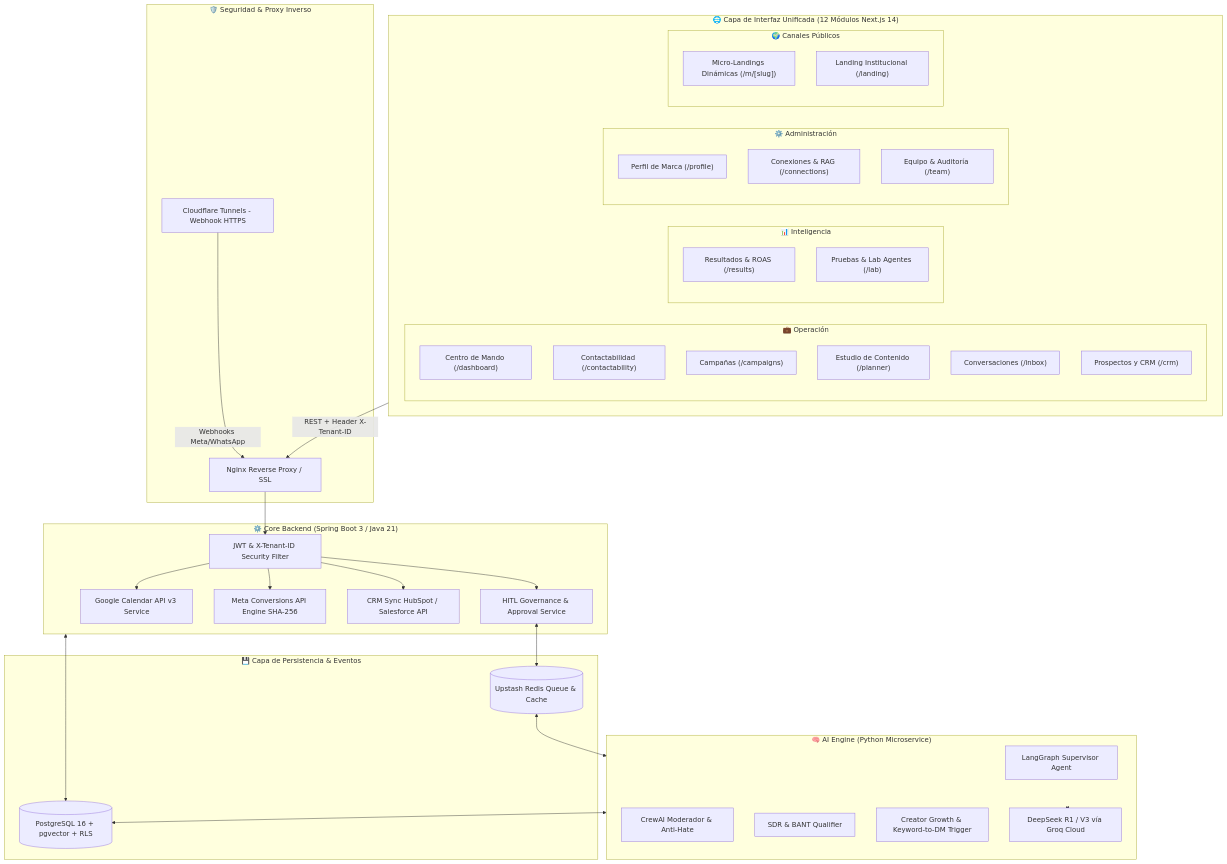
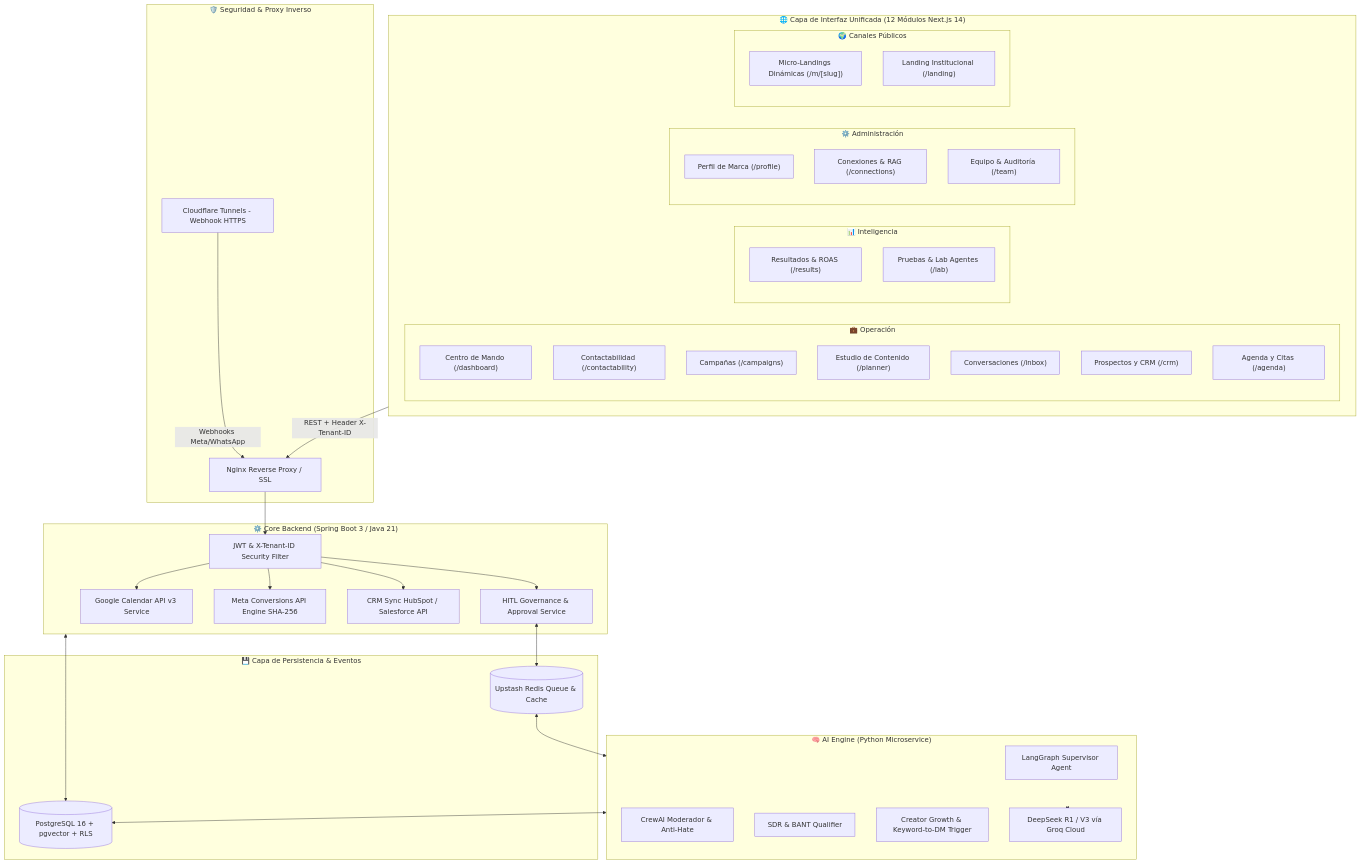
The first of 2 diagrams in docs/SDD_SYSTEM_DESIGN_DOCUMENT.md (VectorInside/Vector-Community), drawn with Mermaid before and after one commit. The commit also changed other lines of this file and 7 other files, not shown here.

````diff
--- a/docs/SDD_SYSTEM_DESIGN_DOCUMENT.md
+++ b/docs/SDD_SYSTEM_DESIGN_DOCUMENT.md
@@ -18,66 +18,67 @@
 ```mermaid
 graph TD
     subgraph ClientTier["🌐 Capa de Interfaz Unificada (12 Módulos Next.js 14)"]
         subgraph Ops["💼 Operación"]
             UI_CMD["Centro de Mando (/dashboard)"]
             UI_CONT["Contactabilidad (/contactability)"]
             UI_CAMP["Campañas (/campaigns)"]
             UI_PLAN["Estudio de Contenido (/planner)"]
             UI_INBOX["Conversaciones (/inbox)"]
             UI_CRM["Prospectos y CRM (/crm)"]
+            UI_AGENDA["Agenda y Citas (/agenda)"]
         end
         subgraph Intel["📊 Inteligencia"]
             UI_RES["Resultados & ROAS (/results)"]
             UI_LAB["Pruebas & Lab Agentes (/lab)"]
         end
         subgraph Admin["⚙️ Administración"]
             UI_PROF["Perfil de Marca (/profile)"]
             UI_CONN["Conexiones & RAG (/connections)"]
             UI_TEAM["Equipo & Auditoría (/team)"]
         end
         subgraph Public["🌍 Canales Públicos"]
             UI_PUB_M["Micro-Landings Dinámicas (/m/[slug])"]
             UI_PUB_LAND["Landing Institucional (/landing)"]
         end
     end
 
     subgraph ApiGateway["🛡️ Seguridad & Proxy Inverso"]
         NGINX[Nginx Reverse Proxy / SSL]
         CFTUNNEL[Cloudflare Tunnels - Webhook HTTPS]
     end
 
     subgraph CoreBackend["⚙️ Core Backend (Spring Boot 3 / Java 21)"]
         AUTH_FILTER[JWT & X-Tenant-ID Security Filter]
         HITL_SERVICE[HITL Governance & Approval Service]
         CALENDAR_SERVICE[Google Calendar API v3 Service]
         CAPI_SERVICE[Meta Conversions API Engine SHA-256]
         CRM_SERVICE[CRM Sync HubSpot / Salesforce API]
     end
 
     subgraph AIWorker["🧠 AI Engine (Python Microservice)"]
         SUPERVISOR[LangGraph Supervisor Agent]
         SUB_MOD[CrewAI Moderador & Anti-Hate]
         SUB_SDR[SDR & BANT Qualifier]
         SUB_GROWTH[Creator Growth & Keyword-to-DM Trigger]
         DEEPSEEK[DeepSeek R1 / V3 vía Groq Cloud]
     end
 
     subgraph DataStorage["💾 Capa de Persistencia & Eventos"]
         SUPABASE[(PostgreSQL 16 + pgvector + RLS)]
         REDIS[(Upstash Redis Queue & Cache)]
     end
 
     ClientTier -->|REST + Header X-Tenant-ID| NGINX
     CFTUNNEL -->|Webhooks Meta/WhatsApp| NGINX
     NGINX --> AUTH_FILTER
     AUTH_FILTER --> HITL_SERVICE
     AUTH_FILTER --> CALENDAR_SERVICE
     AUTH_FILTER --> CAPI_SERVICE
     AUTH_FILTER --> CRM_SERVICE
 
     HITL_SERVICE <--> REDIS
     REDIS <--> AIWorker
     AIWorker <--> DEEPSEEK
     CoreBackend <--> SUPABASE
     AIWorker <--> SUPABASE
 ```
````
